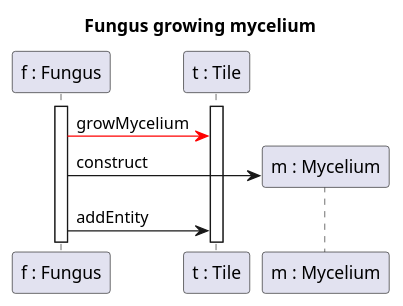
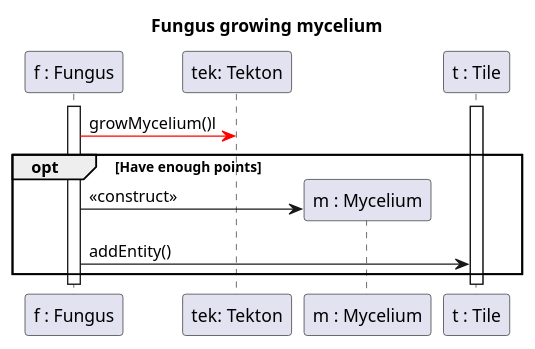
One commit to Klastiv/Projlab_nullpointerexception changed the diagram in diagrams/diagramFiles/SQ_FungusGrowth.puml. Above: the diagram before and after it, drawn with PlantUML. The commit also changed 2 other files, not shown here.

```diff
--- a/diagrams/diagramFiles/SQ_FungusGrowth.puml
+++ b/diagrams/diagramFiles/SQ_FungusGrowth.puml
@@ -1,17 +1,22 @@
-@startuml Fungus growth
+@startuml Fungus growth with spore
 
 title Fungus growing mycelium
 
 participant "f : Fungus" as F
+participant "tek: Tekton" as Tek
+participant "m : Mycelium" as M
 participant "t : Tile" as T
-participant "m : Mycelium" as M
 
 activate F
 activate T
 
-F-[#red]>T : growMycelium
-F -> M ** : construct
-F -> T : addEntity
+
+F-[#red]>Tek : growMycelium()l
+opt Have enough points
+F -> M ** : <<construct>>
+F -> T : addEntity()
+end
+
 
 
 @enduml
```
